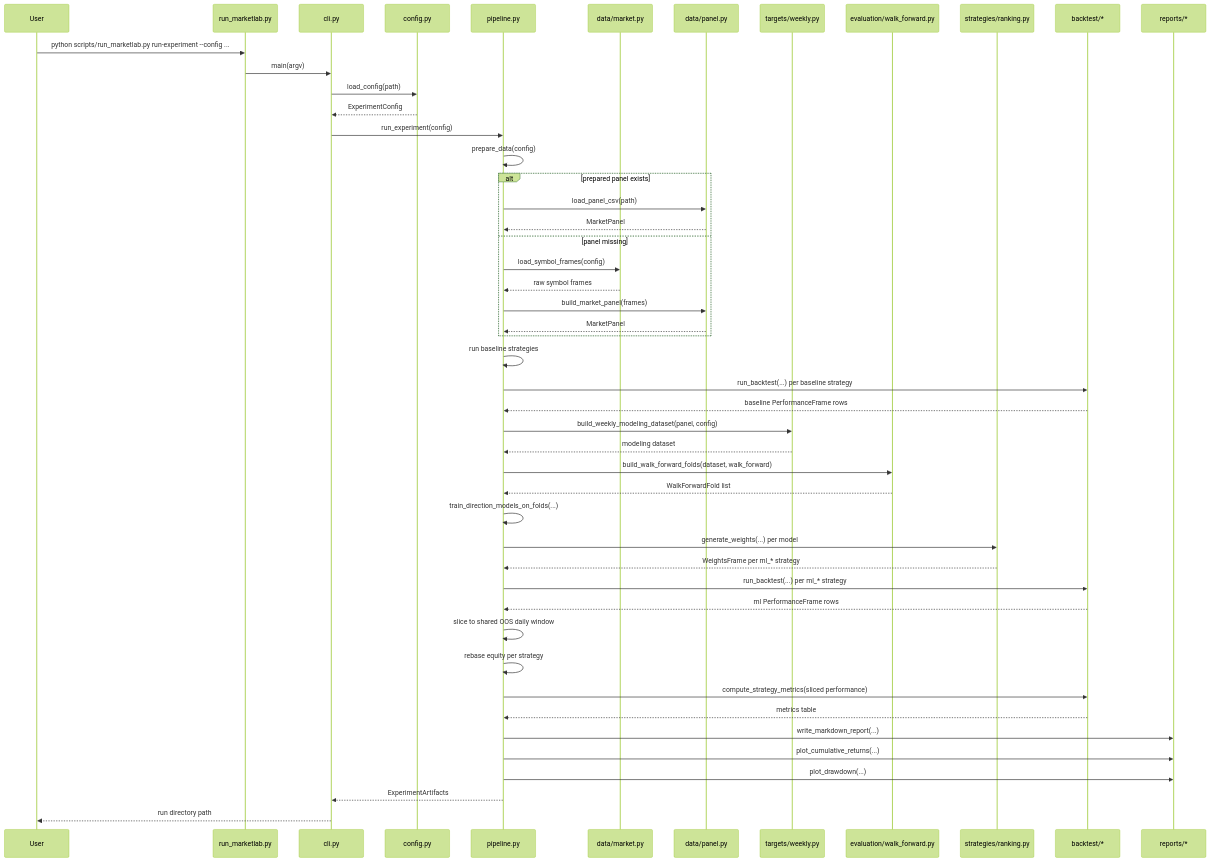
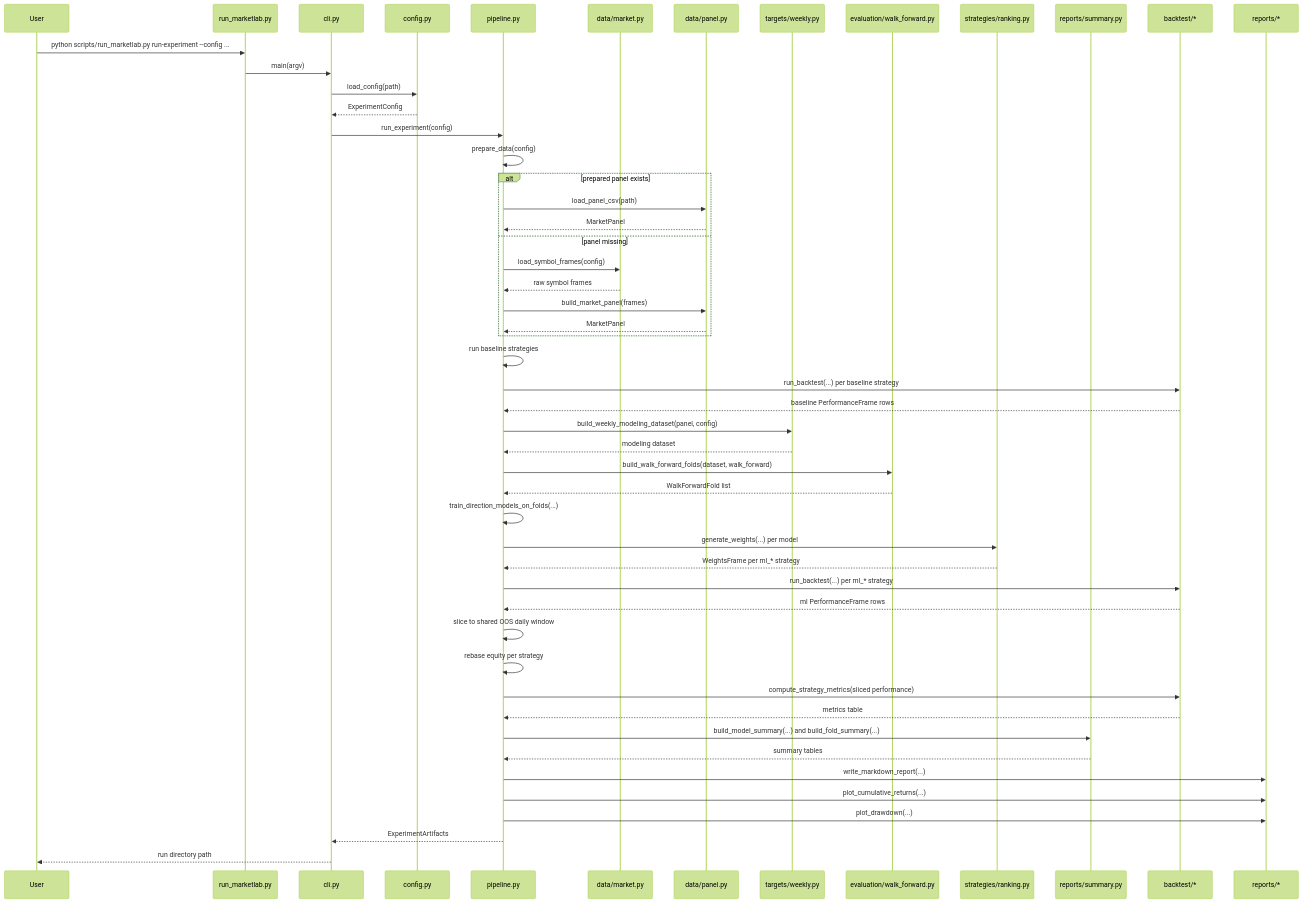
The second of 4 diagrams in ARCHITECTURE.md (ricardogr07/market-lab), drawn with Mermaid (forest theme) before and after one commit. The commit also changed other lines of this file and 2 other files, not shown here.

````diff
--- a/ARCHITECTURE.md
+++ b/ARCHITECTURE.md
@@ -80,54 +83,57 @@
 ```mermaid
 sequenceDiagram
     participant U as User
     participant L as run_marketlab.py
     participant C as cli.py
     participant CFG as config.py
     participant P as pipeline.py
     participant M as data/market.py
     participant N as data/panel.py
     participant T as targets/weekly.py
     participant E as evaluation/walk_forward.py
     participant RANK as strategies/ranking.py
+    participant SUM as reports/summary.py
     participant B as backtest/*
     participant R as reports/*
 
     U->>L: python scripts/run_marketlab.py run-experiment --config ...
     L->>C: main(argv)
     C->>CFG: load_config(path)
     CFG-->>C: ExperimentConfig
     C->>P: run_experiment(config)
     P->>P: prepare_data(config)
 
     alt prepared panel exists
         P->>N: load_panel_csv(path)
         N-->>P: MarketPanel
     else panel missing
         P->>M: load_symbol_frames(config)
         M-->>P: raw symbol frames
         P->>N: build_market_panel(frames)
         N-->>P: MarketPanel
     end
 
     P->>P: run baseline strategies
     P->>B: run_backtest(...) per baseline strategy
     B-->>P: baseline PerformanceFrame rows
     P->>T: build_weekly_modeling_dataset(panel, config)
     T-->>P: modeling dataset
     P->>E: build_walk_forward_folds(dataset, walk_forward)
     E-->>P: WalkForwardFold list
     P->>P: train_direction_models_on_folds(...)
     P->>RANK: generate_weights(...) per model
     RANK-->>P: WeightsFrame per ml_* strategy
     P->>B: run_backtest(...) per ml_* strategy
     B-->>P: ml PerformanceFrame rows
     P->>P: slice to shared OOS daily window
     P->>P: rebase equity per strategy
     P->>B: compute_strategy_metrics(sliced performance)
     B-->>P: metrics table
+    P->>SUM: build_model_summary(...) and build_fold_summary(...)
+    SUM-->>P: summary tables
     P->>R: write_markdown_report(...)
     P->>R: plot_cumulative_returns(...)
     P->>R: plot_drawdown(...)
     P-->>C: ExperimentArtifacts
     C-->>U: run directory path
 ```
````
